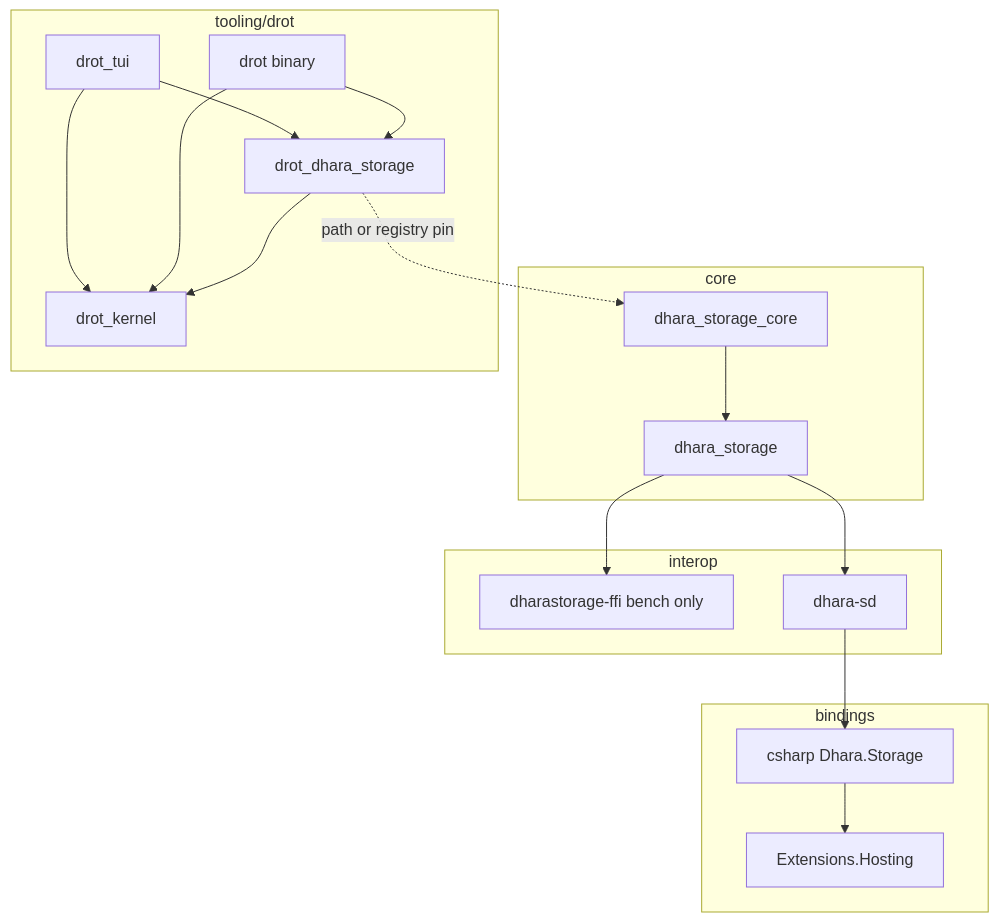
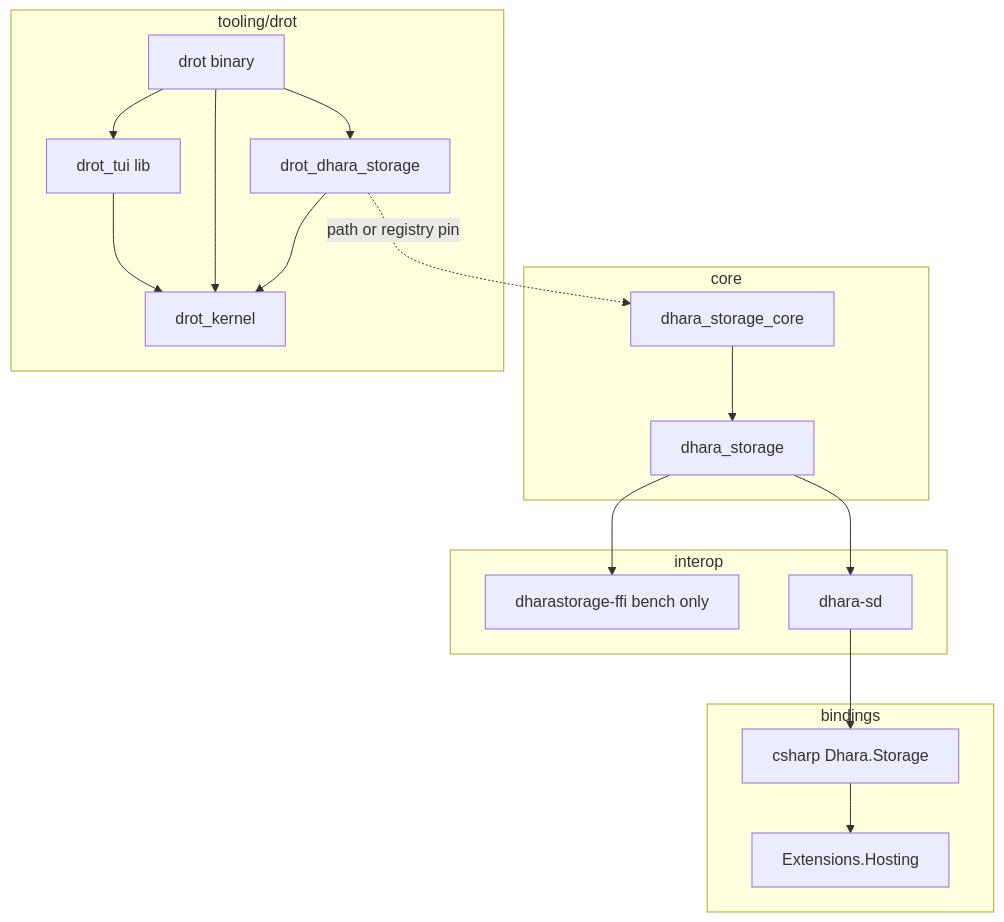
One commit to D-Naveenz/dhara_storage changed the diagram in docs/architecture.md. Above: the diagram before and after it, drawn with Mermaid. The commit also changed 10 other files, not shown here.

First line of the commit message:
✨ Consolidate TUI into the drot binary

````diff
--- a/docs/architecture.md
+++ b/docs/architecture.md
@@ -7,36 +7,36 @@
 ```mermaid
 flowchart TB
   subgraph core [core]
     coreCrate[dhara_storage_core]
     runtime[dhara_storage]
   end
 
   subgraph interop [interop]
     ffi[dharastorage-ffi bench only]
     daemon[dhara-sd]
   end
 
   subgraph bindings [bindings]
     csharp[csharp Dhara.Storage]
     hosting[Extensions.Hosting]
   end
 
   subgraph tool [tooling/drot]
     kernel[drot_kernel]
     plugin[drot_dhara_storage]
-    tui[drot_tui]
+    tuiLib[drot_tui lib]
     bin[drot binary]
   end
 
   coreCrate --> runtime
   runtime --> ffi
   runtime --> daemon
   daemon --> csharp
   csharp --> hosting
   plugin --> kernel
   bin --> kernel
   bin --> plugin
-  tui --> kernel
-  tui --> plugin
+  bin --> tuiLib
+  tuiLib --> kernel
   plugin -.->|path or registry pin| coreCrate
 ```
````
